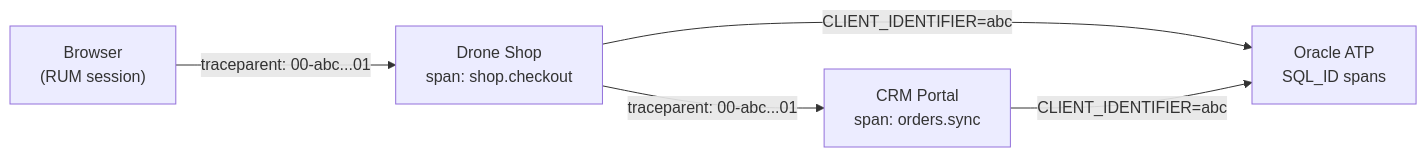
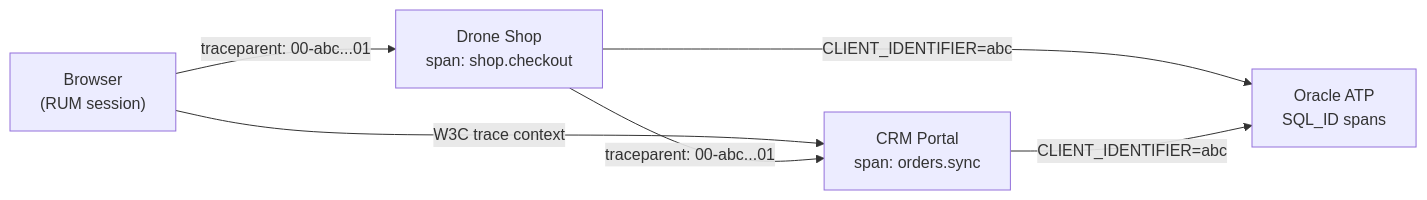
The diagram in site/observability/distributed-traces.md (adibirzu/octo-apm-demo), drawn with Mermaid before and after one commit. The commit also changed other lines of this file and 10 other files, not shown here.

Commit message:
feat: propagate CRM RUM trace context

````diff
--- a/site/observability/distributed-traces.md
+++ b/site/observability/distributed-traces.md
@@ -7,12 +10,13 @@
 ```mermaid
 flowchart LR
     Browser["Browser<br/>(RUM session)"]
     Shop["Drone Shop<br/>span: shop.checkout"]
     CRM["CRM Portal<br/>span: orders.sync"]
     ATP["Oracle ATP<br/>SQL_ID spans"]
 
     Browser -->|"traceparent: 00-abc...01"| Shop
+    Browser -->|"W3C trace context"| CRM
     Shop -->|"traceparent: 00-abc...01"| CRM
     Shop -->|"CLIENT_IDENTIFIER=abc"| ATP
     CRM -->|"CLIENT_IDENTIFIER=abc"| ATP
 ```
````
